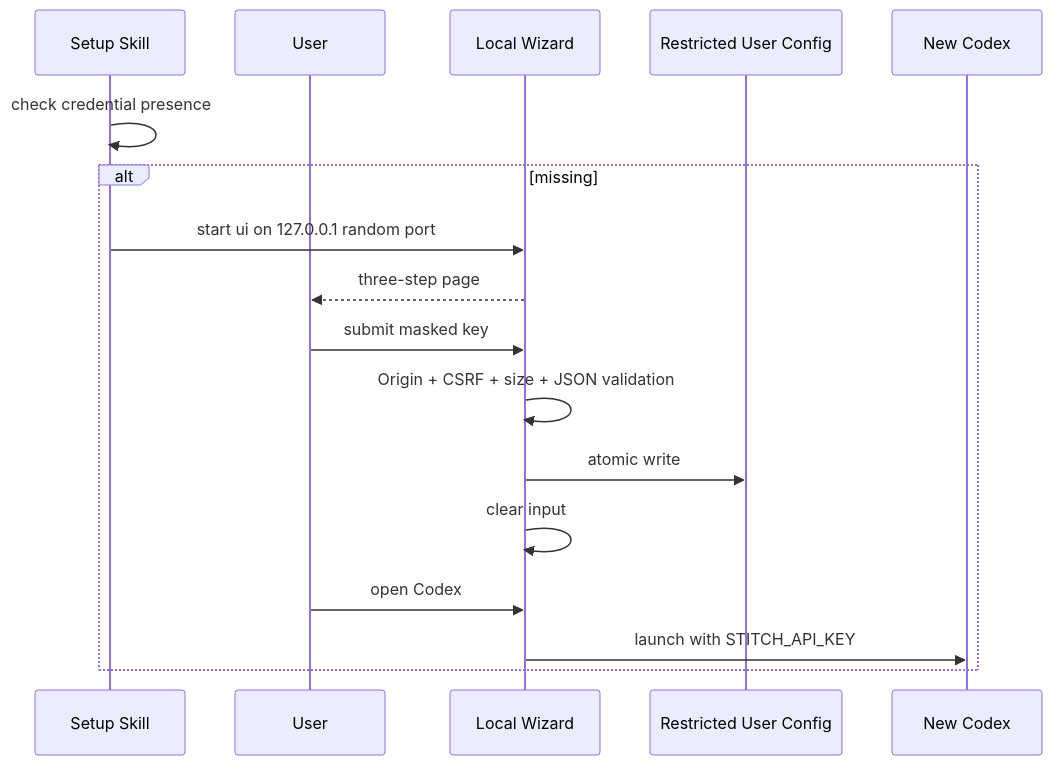
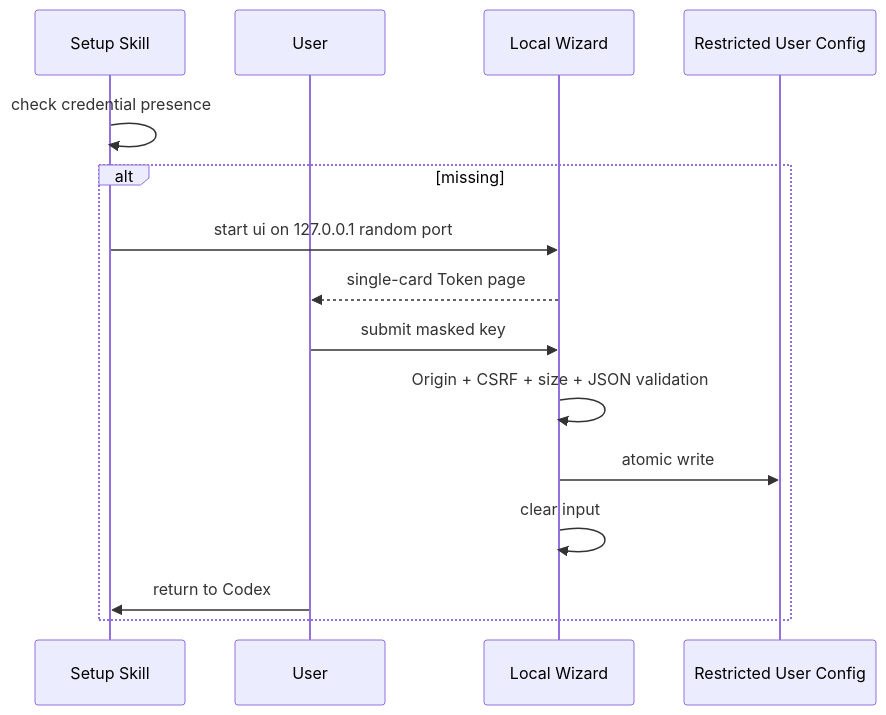
The first of 6 diagrams in docs/Stitch-Design-Technical-Solution.md (full-stack-plugins/stitch-design-plugin), drawn with Mermaid before and after one commit. The commit also changed 13 other files, not shown here.

Commit message:
feat: refine Stitch token setup experience

````diff
--- a/docs/Stitch-Design-Technical-Solution.md
+++ b/docs/Stitch-Design-Technical-Solution.md
@@ -41,19 +41,17 @@
 ```mermaid
 sequenceDiagram
     participant S as Setup Skill
     participant U as User
     participant L as Local Wizard
     participant F as Restricted User Config
-    participant C as New Codex
     S->>S: check credential presence
     alt missing
       S->>L: start ui on 127.0.0.1 random port
-      L-->>U: three-step page
+      L-->>U: single-card Token page
       U->>L: submit masked key
       L->>L: Origin + CSRF + size + JSON validation
       L->>F: atomic write
       L->>L: clear input
-      U->>L: open Codex
-      L->>C: launch with STITCH_API_KEY
+      U->>S: return to Codex
     end
 ```
````
